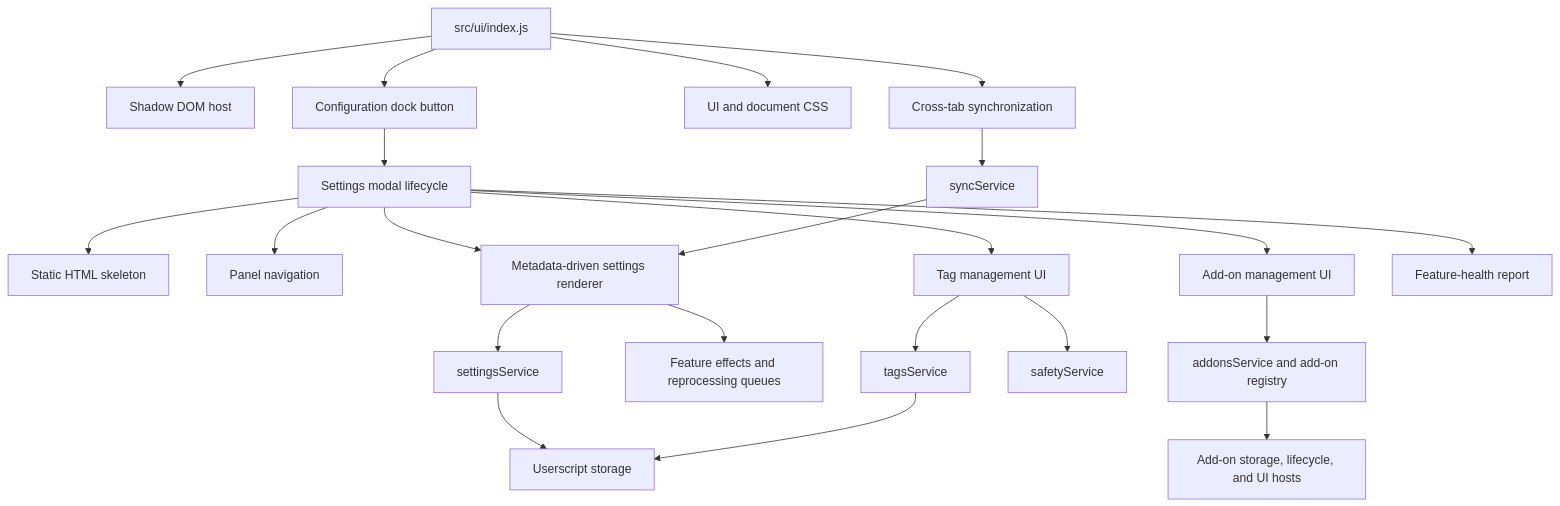
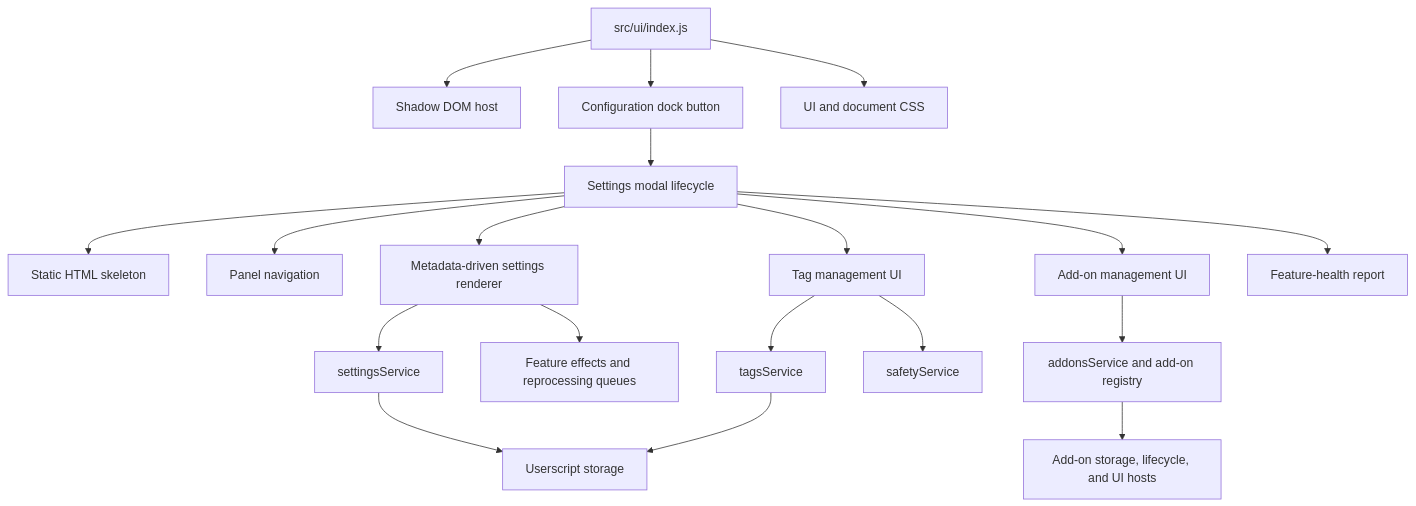
The diagram in docs/ui/architecture.md (Zenix-Al/f95-zone-highlighter), drawn with Mermaid before and after one commit. The commit also changed 108 other files, not shown here.

````diff
--- a/docs/ui/architecture.md
+++ b/docs/ui/architecture.md
@@ -3,27 +3,24 @@
 ```mermaid
 flowchart TD
     A[src/ui/index.js] --> B[Shadow DOM host]
     A --> C[Configuration dock button]
     A --> D[UI and document CSS]
-    A --> E[Cross-tab synchronization]
 
     C --> F[Settings modal lifecycle]
     F --> G[Static HTML skeleton]
     F --> H[Panel navigation]
     F --> I[Metadata-driven settings renderer]
     F --> J[Tag management UI]
     F --> K[Add-on management UI]
     F --> L[Feature-health report]
 
     I --> M[settingsService]
     I --> N[Feature effects and reprocessing queues]
     J --> O[tagsService]
     J --> P[safetyService]
     K --> Q[addonsService and add-on registry]
-    E --> R[syncService]
-    R --> I
 
     M --> S[Userscript storage]
     O --> S
     Q --> T[Add-on storage, lifecycle, and UI hosts]
 ```
````
